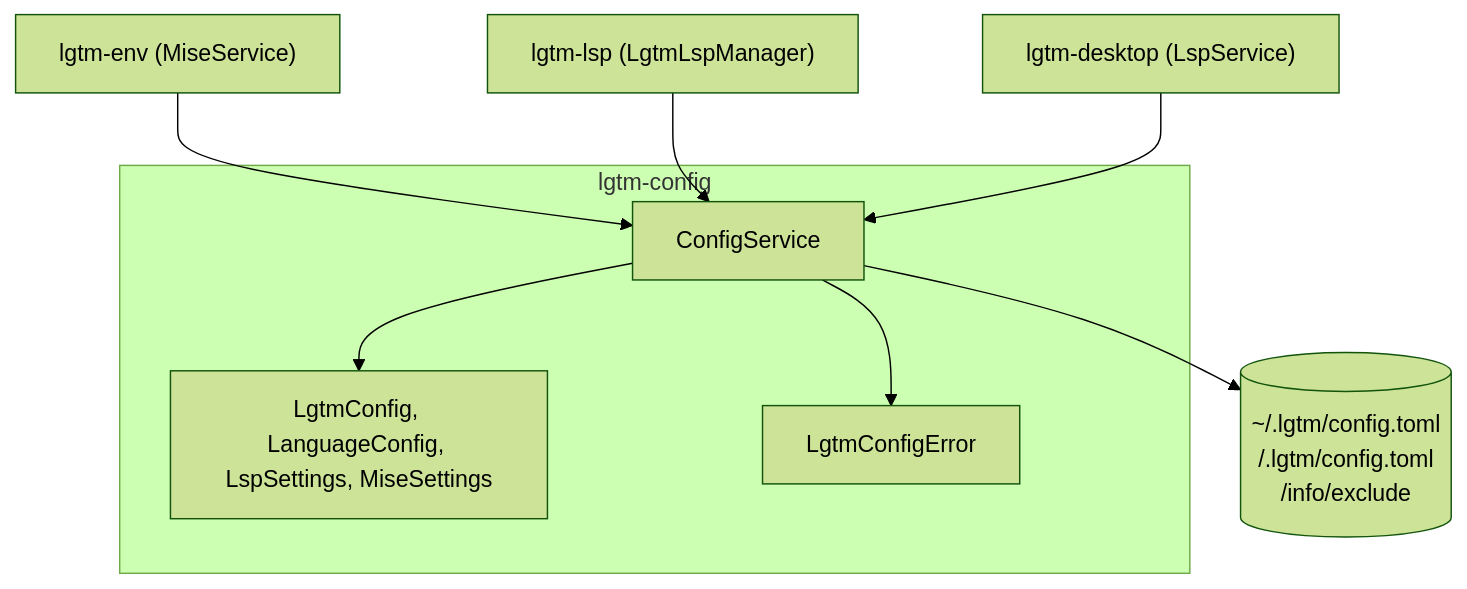
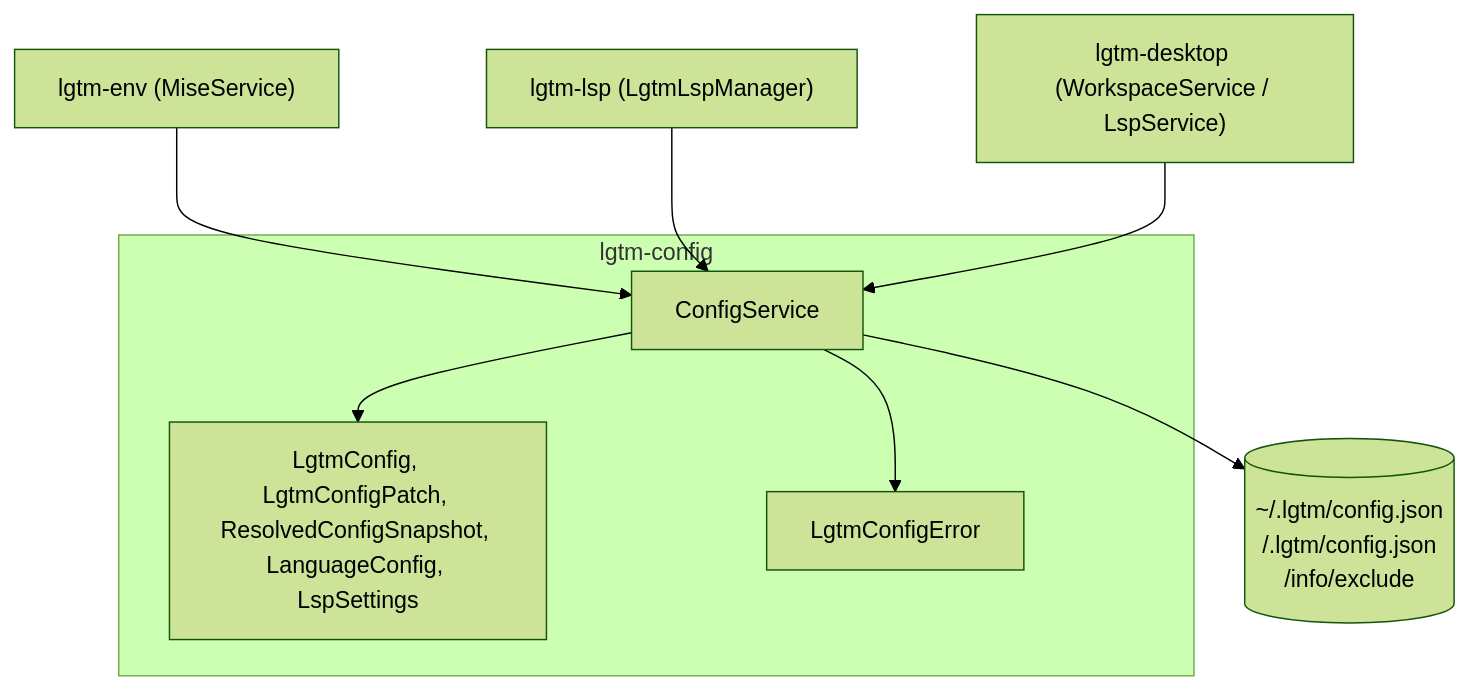
Before and after one commit to difflab-io/lgtm: the first of 2 diagrams in docs/architecture/config/index.md, drawn with Mermaid (forest theme). The commit also changed other lines of this file and 57 other files, not shown here.

First line of the commit message:
feat(config,desktop,web): add Specta nested settings persistence and Cmd+, JSON/YAML editor (#14)

````diff
--- a/docs/architecture/config/index.md
+++ b/docs/architecture/config/index.md
@@ -43,17 +47,17 @@
 ```mermaid
 flowchart TB
     ENV["lgtm-env (MiseService)"]
     LSP["lgtm-lsp (LgtmLspManager)"]
-    DESKTOP["lgtm-desktop (LspService)"]
+    DESKTOP["lgtm-desktop (WorkspaceService / LspService)"]
     subgraph CfgLib["lgtm-config"]
         CFG_SVC["ConfigService"]
-        CFG_MOD["LgtmConfig, LanguageConfig, LspSettings, MiseSettings"]
+        CFG_MOD["LgtmConfig, LgtmConfigPatch, ResolvedConfigSnapshot, LanguageConfig, LspSettings"]
         ERR["LgtmConfigError"]
         CFG_SVC --> CFG_MOD
         CFG_SVC --> ERR
     end
     ENV --> CFG_SVC
     LSP --> CFG_SVC
     DESKTOP --> CFG_SVC
-    CFG_SVC --> FS[("~/.lgtm/config.toml\n<workspace>/.lgtm/config.toml\n<git-dir>/info/exclude")]
+    CFG_SVC --> FS[("~/.lgtm/config.json\n<workspace>/.lgtm/config.json\n<git-dir>/info/exclude")]
 ```
````
